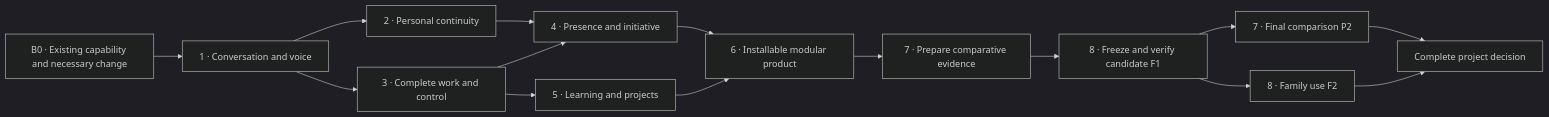
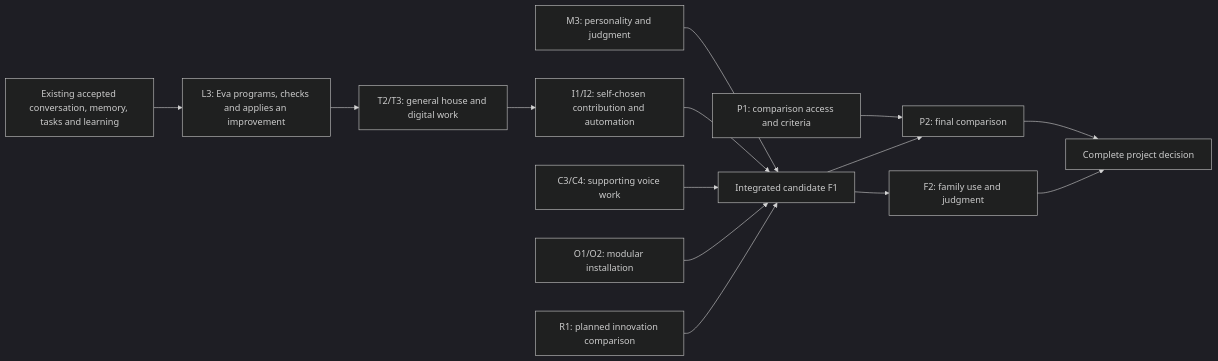
One commit to jaapfrank/eva changed the diagram in eva2/design/blueprint-2026-09-28/delivery-plan.md. Above: the diagram before and after it, drawn with Mermaid (dark theme). The commit also changed other lines of this file and 6 other files, not shown here.

Commit message:
docs(plan): prioritize Eva-owned programming and useful initiative

````diff
--- a/eva2/design/blueprint-2026-09-28/delivery-plan.md
+++ b/eva2/design/blueprint-2026-09-28/delivery-plan.md
@@ -31,17 +64,16 @@
 ```mermaid
 flowchart LR
-  B0["B0 · Existing capability and necessary change"] --> A["1 · Conversation and voice"]
-  A --> B["2 · Personal continuity"]
-  A --> C["3 · Complete work and control"]
-  B --> D["4 · Presence and initiative"]
-  C --> D
-  C --> E["5 · Learning and projects"]
-  D --> F["6 · Installable modular product"]
-  E --> F
-  F --> G["7 · Prepare comparative evidence"]
-  G --> H["8 · Freeze and verify candidate F1"]
-  H --> P["7 · Final comparison P2"]
-  H --> U["8 · Family use F2"]
-  P --> Z["Complete project decision"]
+  B[Existing accepted conversation, memory, tasks and learning] --> L[L3: Eva programs, checks and applies an improvement]
+  L --> T[T2/T3: general house and digital work]
+  T --> I[I1/I2: self-chosen contribution and automation]
+  M[M3: personality and judgment] --> F[Integrated candidate F1]
+  I --> F
+  V[C3/C4: supporting voice work] --> F
+  O[O1/O2: modular installation] --> F
+  R[R1: planned innovation comparison] --> F
+  P[P1: comparison access and criteria] --> P2[P2: final comparison]
+  F --> P2
+  F --> U[F2: family use and judgment]
+  P2 --> Z[Complete project decision]
   U --> Z
 ```
````
